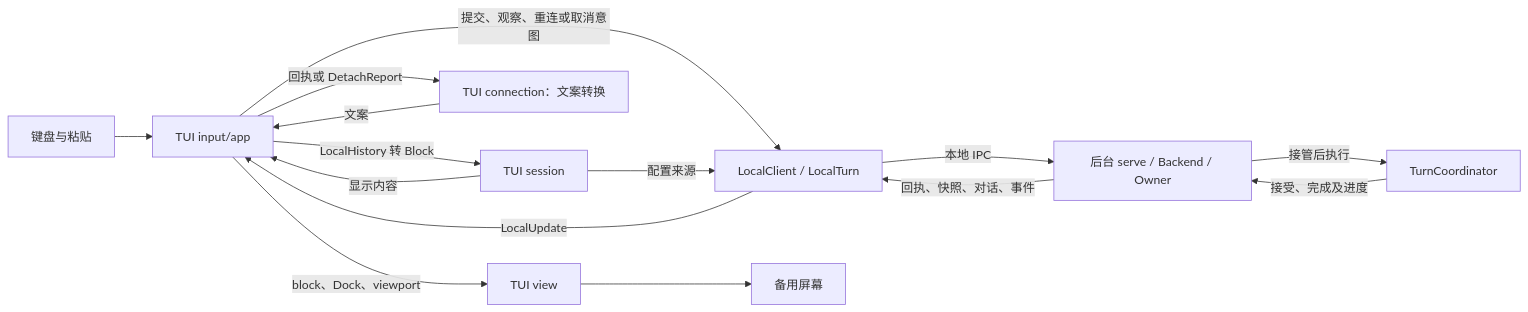
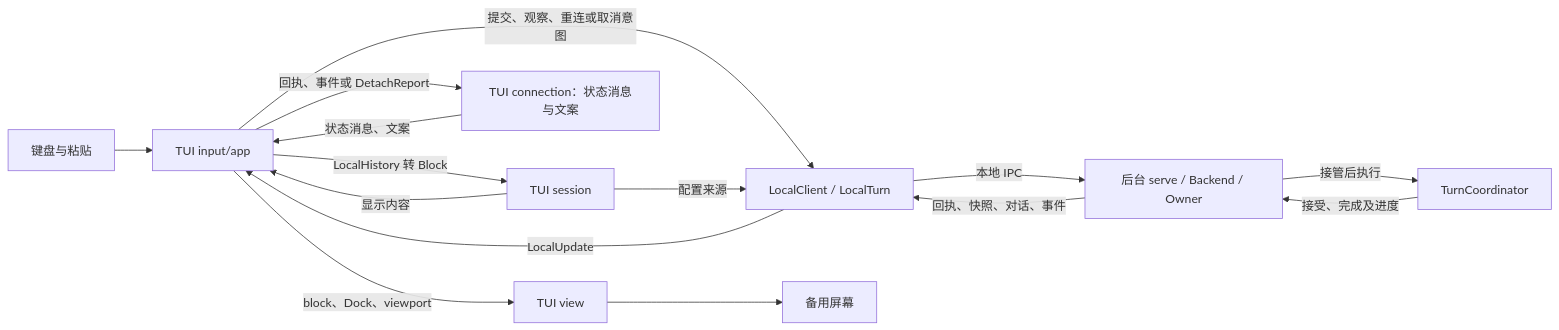
Before and after one commit to Skyline10124/lattice: the diagram in docs/architecture/tui.md, drawn with Mermaid. The commit also changed other lines of this file and 11 other files, not shown here.

````diff
--- a/docs/architecture/tui.md
+++ b/docs/architecture/tui.md
@@ -56,17 +79,17 @@
 ```mermaid
 flowchart LR
     K["键盘与粘贴"] --> A["TUI input/app"]
     A -->|提交、观察、重连或取消意图| L["LocalClient / LocalTurn"]
     S["TUI session"] -->|配置来源| L
     L -->|本地 IPC| B["后台 serve / Backend / Owner"]
     B -->|接管后执行| E["TurnCoordinator"]
     E -->|接受、完成及进度| B
     B -->|回执、快照、对话、事件| L
     L -->|LocalUpdate| A
     A -->|LocalHistory 转 Block| S
     S -->|显示内容| A
-    A -->|回执或 DetachReport| C["TUI connection：文案转换"]
-    C -->|文案| A
+    A -->|回执、事件或 DetachReport| C["TUI connection：状态消息与文案"]
+    C -->|状态消息、文案| A
     A -->|block、Dock、viewport| V["TUI view"]
     V --> T["备用屏幕"]
 ```
````
